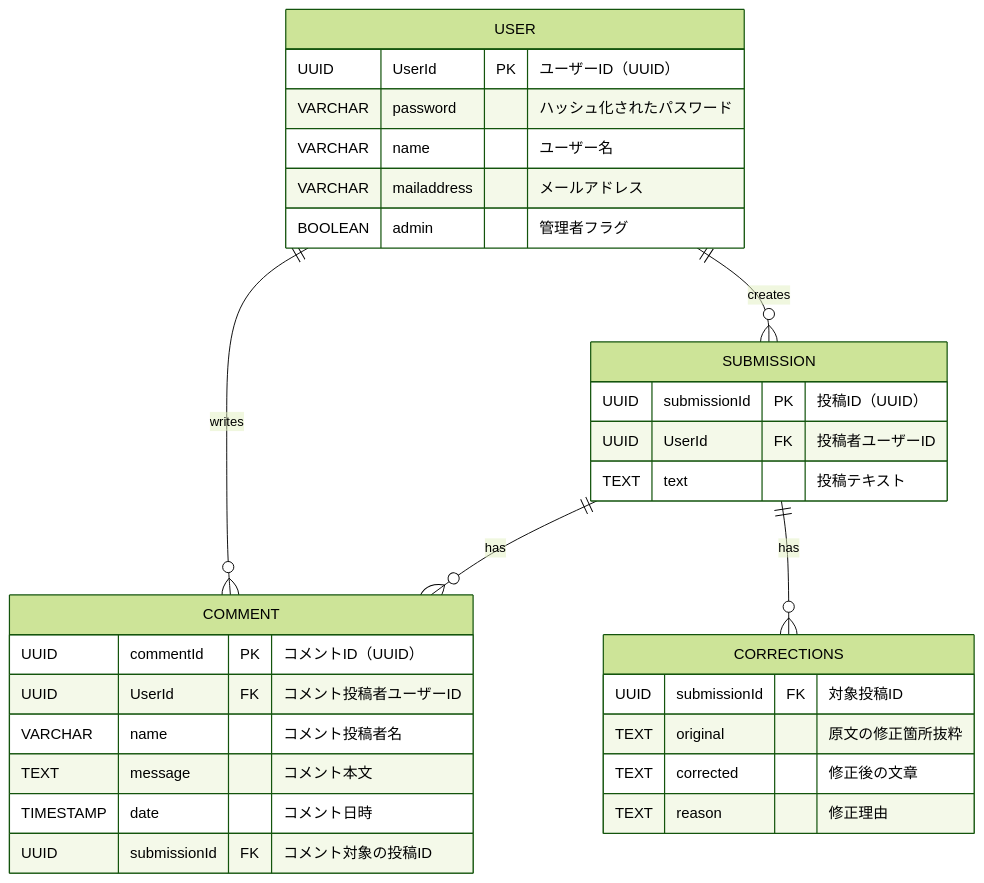
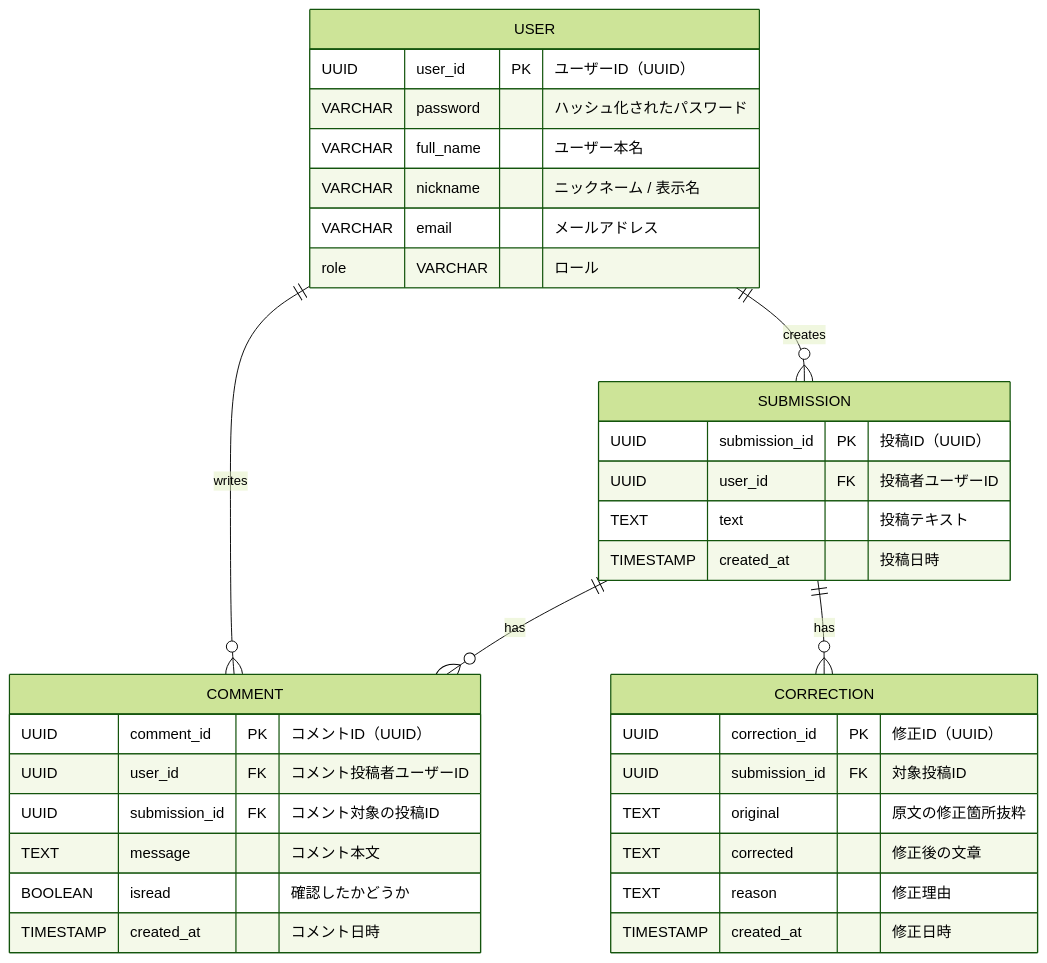
One commit to i2rin/ess-correction-service changed the diagram in docs/backend/swagger/er.mmd. Above: the diagram before and after it, drawn with Mermaid (forest theme). The commit also changed 2 other files, not shown here.

```diff
--- a/docs/backend/swagger/er.mmd
+++ b/docs/backend/swagger/er.mmd
@@ -1,32 +1,39 @@
 erDiagram
     USER {
-        UUID UserId PK "ユーザーID（UUID）"
+        UUID user_id PK "ユーザーID（UUID）"
         VARCHAR password "ハッシュ化されたパスワード"
-        VARCHAR name "ユーザー名"
-        VARCHAR mailaddress "メールアドレス"
-        BOOLEAN admin "管理者フラグ"
+        VARCHAR full_name "ユーザー本名"
+        VARCHAR nickname "ニックネーム / 表示名"
+        VARCHAR email "メールアドレス"
+        role VARCHAR "ロール"
     }
+
+    SUBMISSION {
+        UUID submission_id PK "投稿ID（UUID）"
+        UUID user_id FK "投稿者ユーザーID"
+        TEXT text "投稿テキスト"
+        TIMESTAMP created_at "投稿日時"
+    }
+
     COMMENT {
-        UUID commentId PK "コメントID（UUID）"
-        UUID UserId FK "コメント投稿者ユーザーID"
-        VARCHAR name "コメント投稿者名"
+        UUID comment_id PK "コメントID（UUID）"
+        UUID user_id FK "コメント投稿者ユーザーID"
+        UUID submission_id FK "コメント対象の投稿ID"
         TEXT message "コメント本文"
-        TIMESTAMP date "コメント日時"
-        UUID submissionId FK "コメント対象の投稿ID"
+        BOOLEAN isread "確認したかどうか"
+        TIMESTAMP created_at "コメント日時"
     }
-    SUBMISSION {
-        UUID submissionId PK "投稿ID（UUID）"
-        UUID UserId FK "投稿者ユーザーID"
-        TEXT text "投稿テキスト"
-    }
-    CORRECTIONS {
-        UUID submissionId FK "対象投稿ID"
+
+    CORRECTION {
+        UUID correction_id PK "修正ID（UUID）"
+        UUID submission_id FK "対象投稿ID"
         TEXT original "原文の修正箇所抜粋"
         TEXT corrected "修正後の文章"
         TEXT reason "修正理由"
+        TIMESTAMP created_at "修正日時"
     }
 
     USER ||--o{ COMMENT : "writes"
     USER ||--o{ SUBMISSION : "creates"
     SUBMISSION ||--o{ COMMENT : "has"
-    SUBMISSION ||--o{ CORRECTIONS : "has"
+    SUBMISSION ||--o{ CORRECTION : "has"
```
